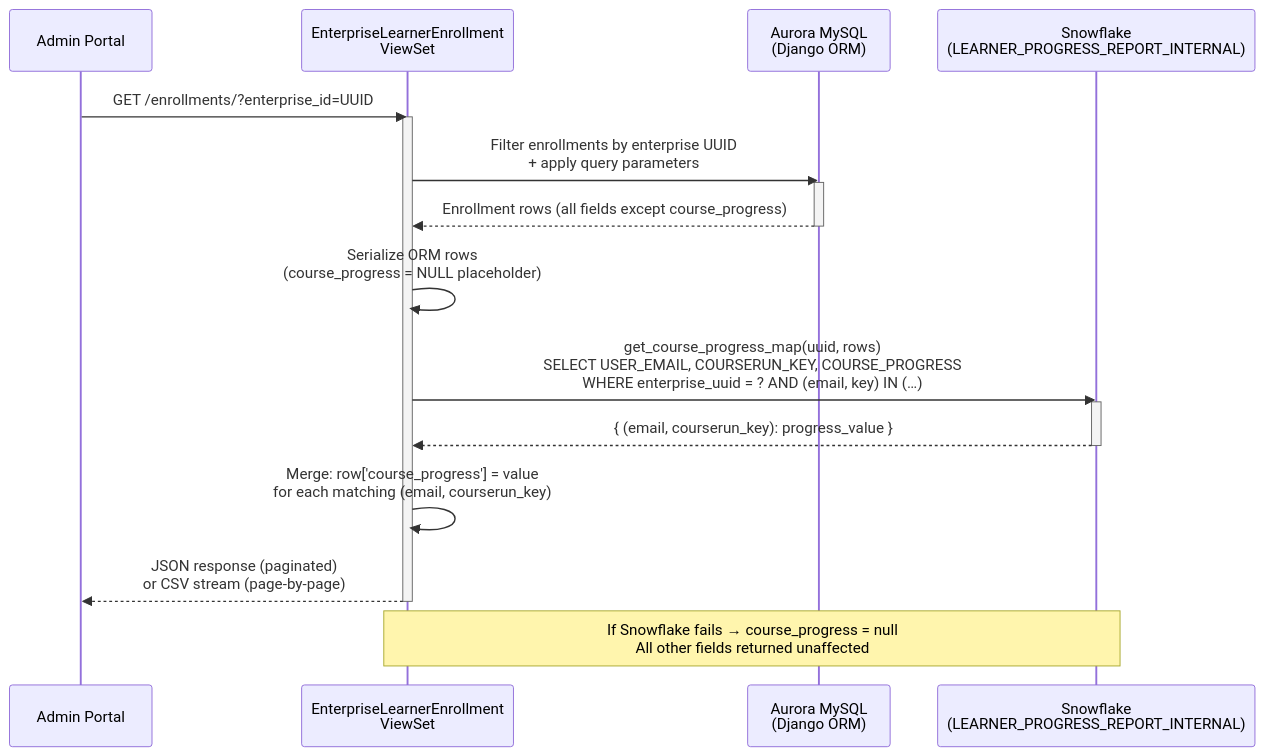
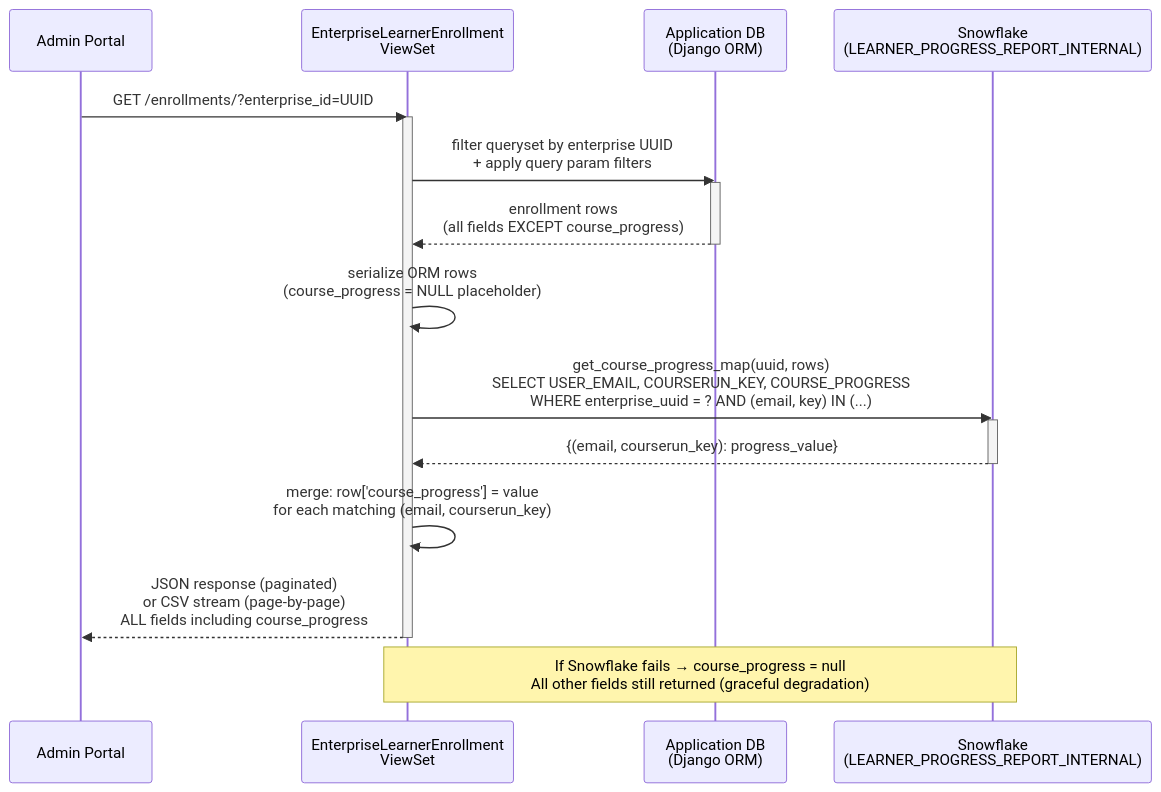
One commit to rgopalrao-sonata-png/documents changed the second of 2 diagrams in LPR/updated_doc.md. Above: the diagram before and after it, drawn with Mermaid. The commit also changed other lines of this file, not shown here.

First line of the commit message:
Revise Learner Progress Report for clarity and updates

````diff
--- a/LPR/updated_doc.md
+++ b/LPR/updated_doc.md
@@ -249,29 +323,29 @@
 ```mermaid
 sequenceDiagram
     participant AP as Admin Portal
     participant VS as EnterpriseLearnerEnrollment<br/>ViewSet
-    participant DB as Aurora MySQL<br/>(Django ORM)
+    participant DB as Application DB<br/>(Django ORM)
     participant SF as Snowflake<br/>(LEARNER_PROGRESS_REPORT_INTERNAL)
 
     AP->>VS: GET /enrollments/?enterprise_id=UUID
     activate VS
 
-    VS->>DB: Filter enrollments by enterprise UUID<br/>+ apply query parameters
+    VS->>DB: filter queryset by enterprise UUID<br/>+ apply query param filters
     activate DB
-    DB-->>VS: Enrollment rows (all fields except course_progress)
+    DB-->>VS: enrollment rows<br/>(all fields EXCEPT course_progress)
     deactivate DB
 
-    VS->>VS: Serialize ORM rows<br/>(course_progress = NULL placeholder)
+    VS->>VS: serialize ORM rows<br/>(course_progress = NULL placeholder)
 
-    VS->>SF: get_course_progress_map(uuid, rows)<br/>SELECT USER_EMAIL, COURSERUN_KEY, COURSE_PROGRESS<br/>WHERE enterprise_uuid = ? AND (email, key) IN (…)
+    VS->>SF: get_course_progress_map(uuid, rows)<br/>SELECT USER_EMAIL, COURSERUN_KEY, COURSE_PROGRESS<br/>WHERE enterprise_uuid = ? AND (email, key) IN (...)
     activate SF
-    SF-->>VS: { (email, courserun_key): progress_value }
+    SF-->>VS: {(email, courserun_key): progress_value}
     deactivate SF
 
-    VS->>VS: Merge: row['course_progress'] = value<br/>for each matching (email, courserun_key)
+    VS->>VS: merge: row['course_progress'] = value<br/>for each matching (email, courserun_key)
 
-    VS-->>AP: JSON response (paginated)<br/>or CSV stream (page-by-page)
+    VS-->>AP: JSON response (paginated)<br/>or CSV stream (page-by-page)<br/>ALL fields including course_progress
     deactivate VS
 
-    Note over VS,SF: If Snowflake fails → course_progress = null<br/>All other fields returned unaffected
+    Note over VS,SF: If Snowflake fails → course_progress = null<br/>All other fields still returned (graceful degradation)
 ```
````
